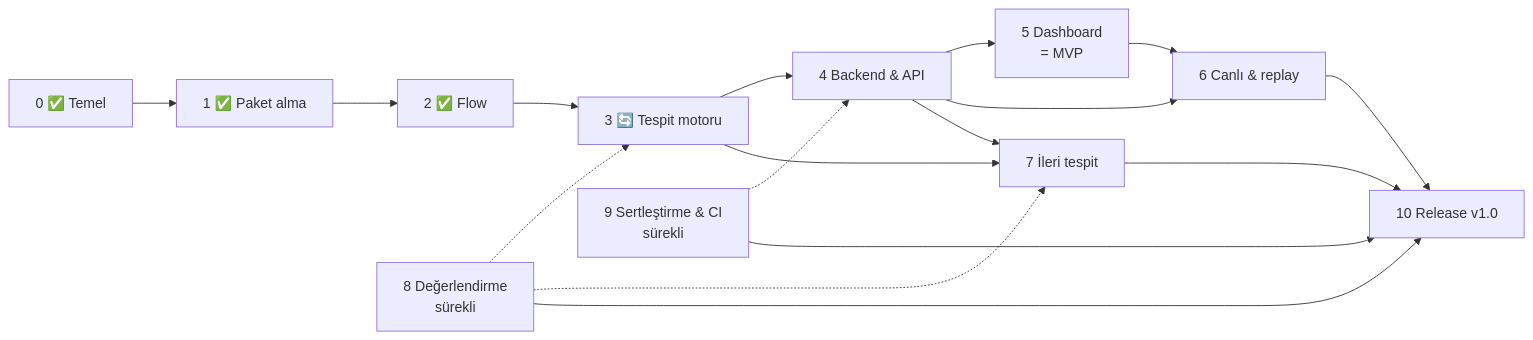
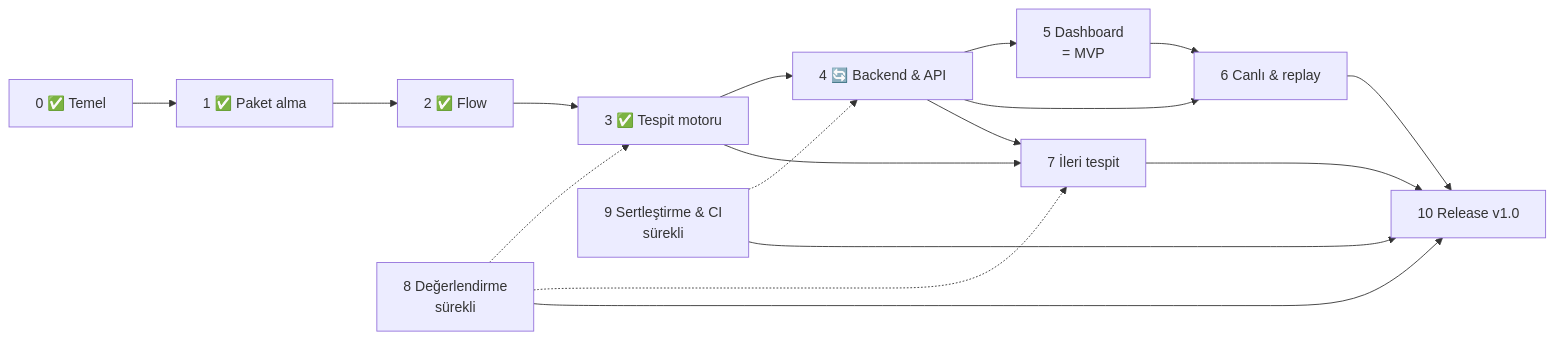
One commit to furkan-akkaya/NetGuard changed the diagram in ROADMAP.md. Above: the diagram before and after it, drawn with Mermaid. The commit also changed other lines of this file and 12 other files, not shown here.

````diff
--- a/ROADMAP.md
+++ b/ROADMAP.md
@@ -69,19 +71,19 @@
 ```mermaid
 flowchart LR
     F0[0 ✅ Temel] --> F1[1 ✅ Paket alma]
     F1 --> F2[2 ✅ Flow]
-    F2 --> F3[3 🔄 Tespit motoru]
-    F3 --> F4[4 Backend & API]
+    F2 --> F3[3 ✅ Tespit motoru]
+    F3 --> F4[4 🔄 Backend & API]
     F4 --> F5[5 Dashboard<br/>= MVP]
     F4 --> F6[6 Canlı & replay]
     F5 --> F6
     F3 --> F7[7 İleri tespit]
     F4 --> F7
     F8[8 Değerlendirme<br/>sürekli] -.-> F3
     F8 -.-> F7
     F9[9 Sertleştirme & CI<br/>sürekli] -.-> F4
     F6 --> F10[10 Release v1.0]
     F7 --> F10
     F8 --> F10
     F9 --> F10
 ```
````
